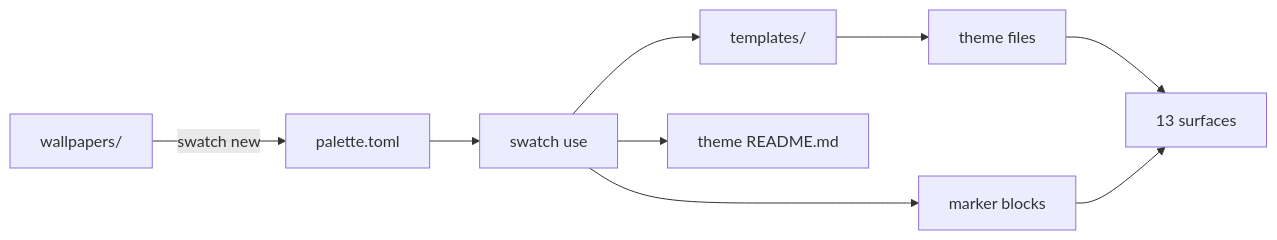
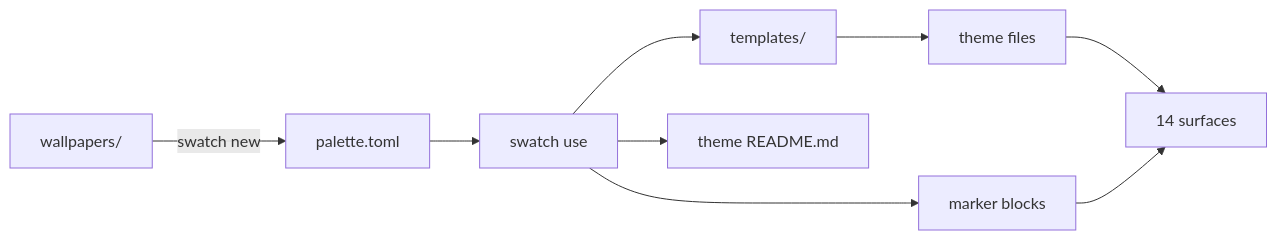
The diagram in README.md (nitrimandylis/swatch), drawn with Mermaid before and after one commit. The commit also changed other lines of this file and 4 other files, not shown here.

````diff
--- a/README.md
+++ b/README.md
@@ -160,11 +162,11 @@
 ```mermaid
 flowchart LR
     W[wallpapers/] -->|swatch new| P[palette.toml]
     P --> R[swatch use]
     R --> T[templates/]
     T --> F[theme files]
     R --> M[marker blocks]
-    F --> A[13 surfaces]
+    F --> A[14 surfaces]
     M --> A
     R --> D[theme README.md]
 ```
````
